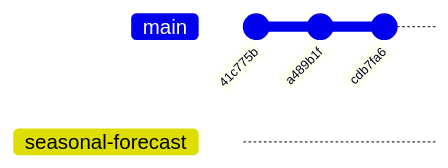
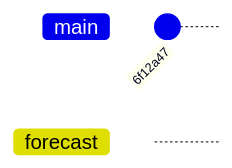
Before and after one commit to MetOffice/git-novice: the third of 3 diagrams in episodes/09-branches.md, drawn with Mermaid. The commit also changed other lines of this file and 22 other files, not shown here.

````diff
--- a/episodes/09-branches.md
+++ b/episodes/09-branches.md
@@ -203,8 +156,6 @@
 ```mermaid
     gitGraph
-        accDescr {A git graph showing three commits to the main branch and a new seasonal-forecast branch with no commits.}
-        commit id: '41c775b'
-        commit id: 'a489b1f'
-        commit id: 'cdb7fa6'
-        branch seasonal-forecast
+        accDescr {A git graph showing the root-commit on the main branch and a new forecast branch with no commits.}
+        commit id: '6f12a47'
+        branch forecast
 ```
````
